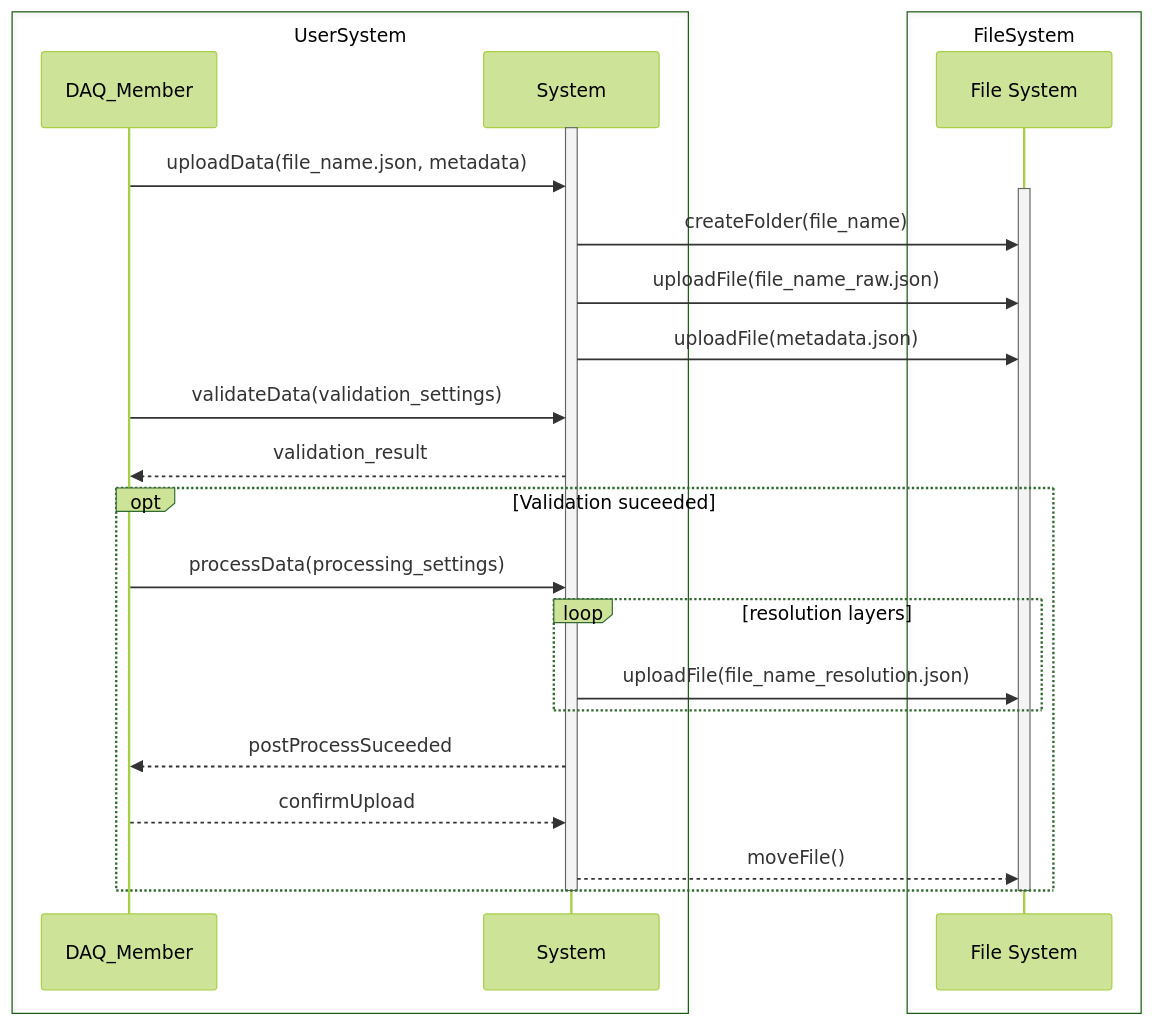
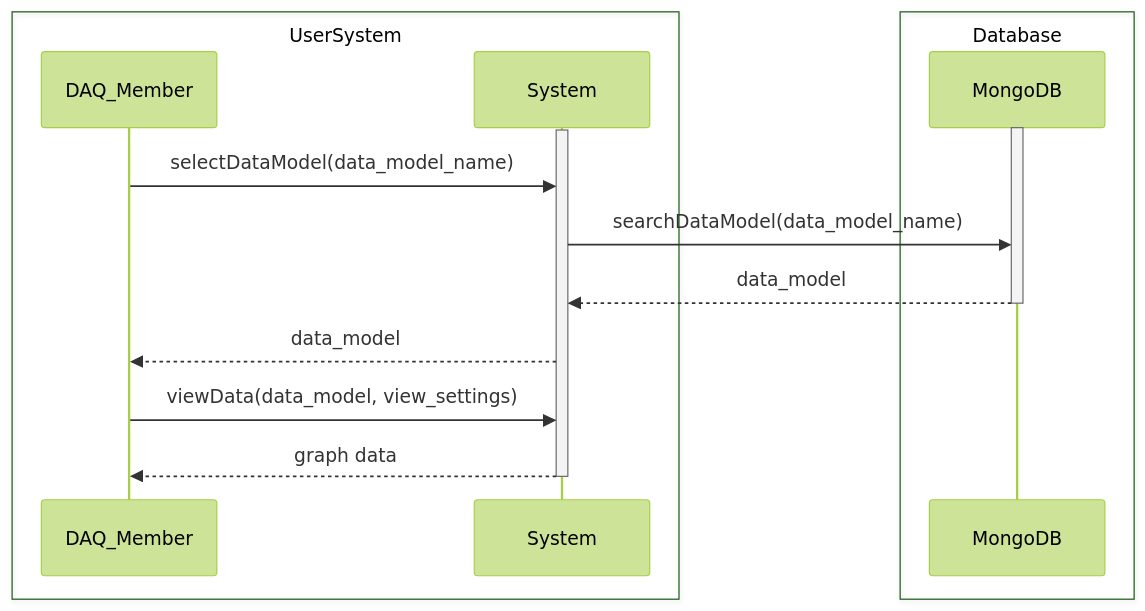
The diagram in Design Documents/design/sequences/upload_data.md (Georgia-Tech-Off-Road/DAQAnalyticsWebsiteMK2), drawn with Mermaid (forest theme) before and after one commit. The commit also changed other lines of this file and 3 other files, not shown here.

Commit message:
Update file system to database

````diff
--- a/Design Documents/design/sequences/upload_data.md
+++ b/Design Documents/design/sequences/upload_data.md
@@ -2,31 +2,22 @@
 ```mermaid
 sequenceDiagram
     box UserSystem
         participant U as DAQ_Member
         participant S as System
     end
 
-    box FileSystem
-        participant FS as File System
+    box Database
+        participant FS as MongoDB
     end
 
-activate S
-U->>S: uploadData(file_name.json, metadata)
-activate FS
-S->>FS: createFolder(file_name)
-S->>FS: uploadFile(file_name_raw.json)
-S->>FS: uploadFile(metadata.json)
-U->>S: validateData(validation_settings)
-S-->>U: validation_result
-opt Validation suceeded
-    U->>S: processData(processing_settings)
-    loop resolution layers
-        S->>FS: uploadFile(file_name_resolution.json)
-    end
-    S-->>U: postProcessSuceeded
-U-->>S: confirmUpload
-S-->>FS: moveFile()
-end
-deactivate FS
-deactivate S
+    activate FS
+    activate S
+    U->>S: selectDataModel(data_model_name)
+    S->>FS: searchDataModel(data_model_name)
+    FS-->>S: data_model
+    deactivate FS
+    S-->>U: data_model
+    U->>S: viewData(data_model, view_settings)
+    S-->>U: graph data
+    deactivate S
 ```
````
